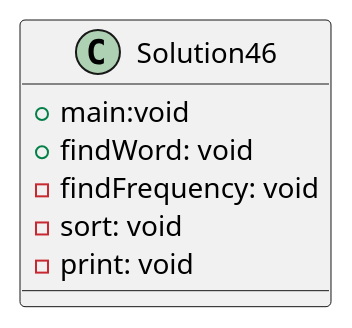
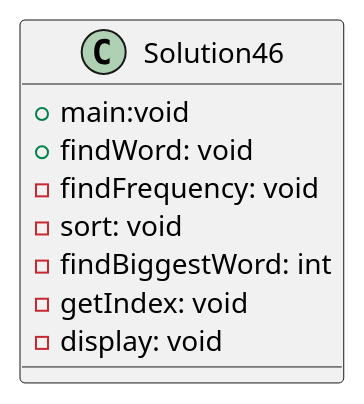
One commit to mathdude3482/Jaro-a04 changed the diagram in exercise46/docs/diagram.puml. Above: the diagram before and after it, drawn with PlantUML. The commit also changed 1 other file, not shown here.

```diff
--- a/exercise46/docs/diagram.puml
+++ b/exercise46/docs/diagram.puml
@@ -1,9 +1,11 @@
 @startuml
 class Solution46{
 + main:void
 + findWord: void
 - findFrequency: void
 - sort: void
-- print: void
+- findBiggestWord: int
+- getIndex: void
+- display: void
 }
 @enduml
```
